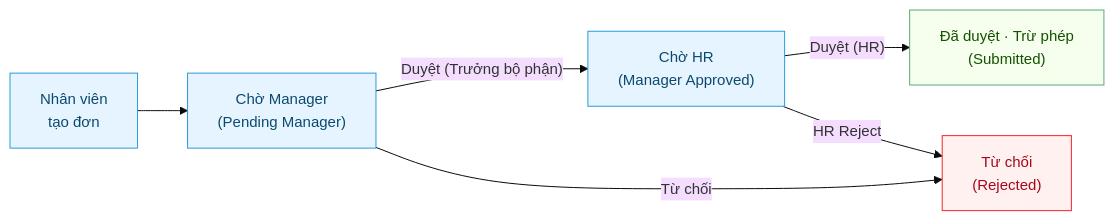
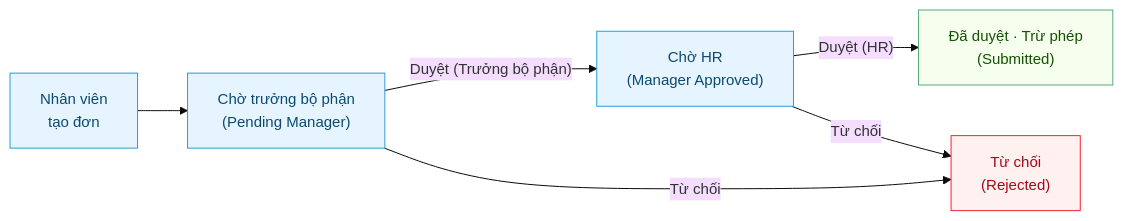
One commit to CobeGroup/cobe_erp_documents changed the diagram in users/Duyet-Nghi-Phep.md. Above: the diagram before and after it, drawn with Mermaid. The commit also changed other lines of this file and 29 other files, not shown here.

````diff
--- a/users/Duyet-Nghi-Phep.md
+++ b/users/Duyet-Nghi-Phep.md
@@ -39,16 +39,16 @@
 ```mermaid
 %%{init:{'theme':'base','themeVariables':{'fontSize':'15px'}}}%%
 flowchart LR
   classDef p fill:#e6f4ff,stroke:#299dd8,color:#0b4a6f;
   classDef g fill:#f6ffed,stroke:#54ab78,color:#135200;
   classDef o fill:#fff7e6,stroke:#fa8c16,color:#873800;
   classDef r fill:#fff1f0,stroke:#f5222d,color:#a8071a;
-  NV["Nhân viên<br/>tạo đơn"] --> PM["Chờ Manager<br/>(Pending Manager)"]
+  NV["Nhân viên<br/>tạo đơn"] --> PM["Chờ trưởng bộ phận<br/>(Pending Manager)"]
   PM -- "Duyệt (Trưởng bộ phận)" --> MA["Chờ HR<br/>(Manager Approved)"]
   PM -- "Từ chối" --> RJ["Từ chối<br/>(Rejected)"]
   MA -- "Duyệt (HR)" --> OK["Đã duyệt · Trừ phép<br/>(Submitted)"]
-  MA -- "HR Reject" --> RJ
+  MA -- "Từ chối" --> RJ
   class NV,PM,MA p
   class OK g
   class RJ r
 ```
````
